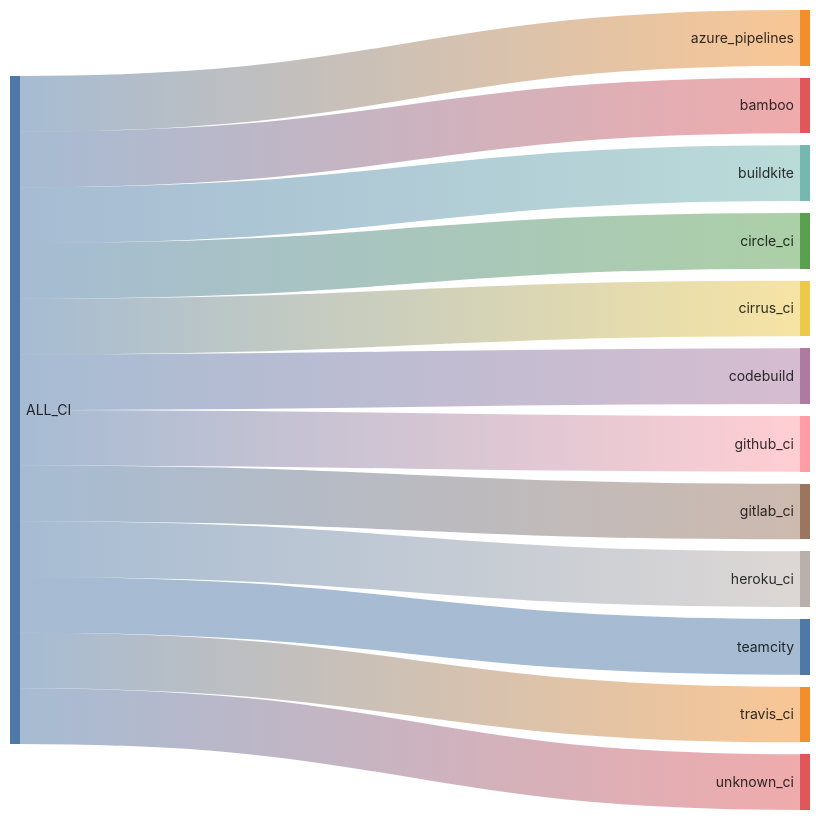
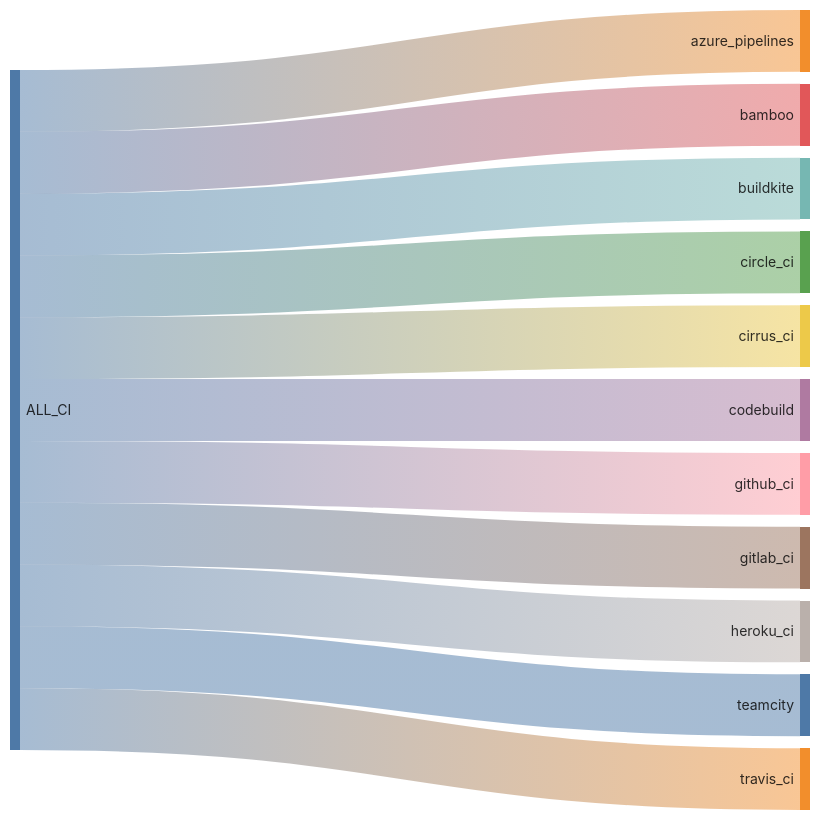
One commit to kdeldycke/extra-platforms changed the first of 2 diagrams in docs/ci.md. Above: the diagram before and after it, drawn with Mermaid. The commit also changed other lines of this file and 20 other files, not shown here.

Commit message:
Regroup all unknown traits

````diff
--- a/docs/ci.md
+++ b/docs/ci.md
@@ -68,19 +71,18 @@
 ```mermaid
 ---
 config: {"sankey": {"showValues": false, "width": 800, "height": 800}}
 ---
 sankey-beta
 
 ALL_CI,azure_pipelines,1
 ALL_CI,bamboo,1
 ALL_CI,buildkite,1
 ALL_CI,circle_ci,1
 ALL_CI,cirrus_ci,1
 ALL_CI,codebuild,1
 ALL_CI,github_ci,1
 ALL_CI,gitlab_ci,1
 ALL_CI,heroku_ci,1
 ALL_CI,teamcity,1
 ALL_CI,travis_ci,1
-ALL_CI,unknown_ci,1
 ```
````
